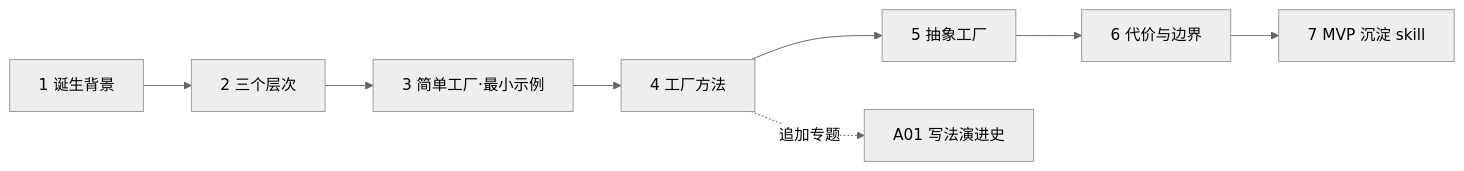
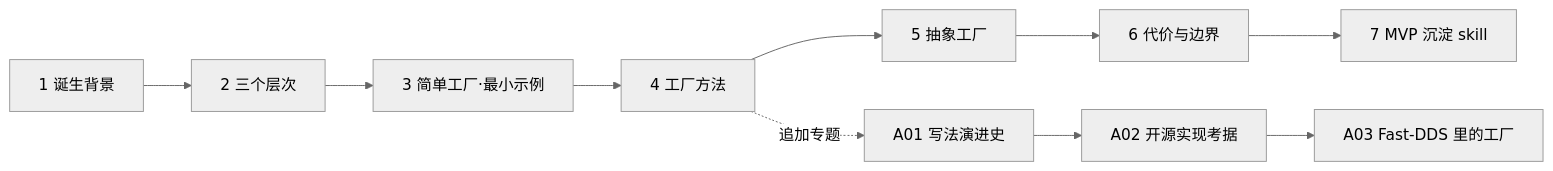
Before and after one commit to guang-lee-cn/design-pattern: the diagram in factory-pattern/docs/00-讲解计划.md, drawn with Mermaid (neutral theme). The commit also changed other lines of this file and 5 other files, not shown here.

Commit message:
docs(factory-pattern): A03 Fast-DDS 里的工厂——v3.6.2 实读（单例/抽象/所有权/注册表五形态）+ RPC 侧三处实测缺陷

````diff
--- a/factory-pattern/docs/00-讲解计划.md
+++ b/factory-pattern/docs/00-讲解计划.md
@@ -8,10 +8,12 @@
 ```mermaid
 flowchart LR
     A[1 诞生背景] --> B[2 三个层次]
     B --> C[3 简单工厂·最小示例]
     C --> D[4 工厂方法]
     D --> E[5 抽象工厂]
     E --> F[6 代价与边界]
     F --> G[7 MVP 沉淀 skill]
     D -.追加专题.-> X[A01 写法演进史]
+    X --> Y[A02 开源实现考据]
+    Y --> Z[A03 Fast-DDS 里的工厂]
 ```
````
